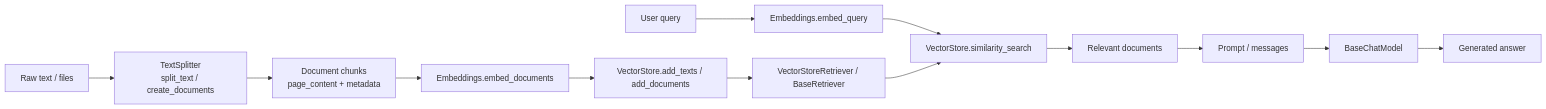
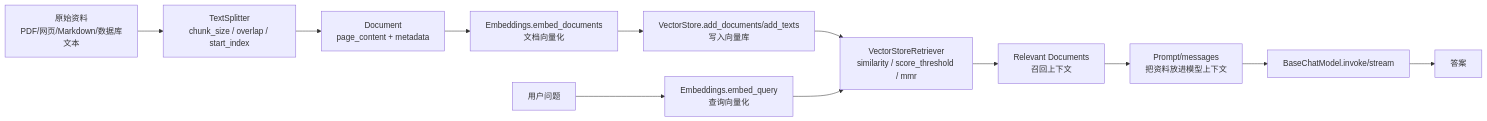
Before and after one commit to onlycaizhongwen/llm-framework-internals: the second of 2 diagrams in docs/langchain-source-analysis/index.md, drawn with Mermaid. The commit also changed other lines of this file and 11 other files, not shown here.

````diff
--- a/docs/langchain-source-analysis/index.md
+++ b/docs/langchain-source-analysis/index.md
@@ -261,15 +206,14 @@
 ```mermaid
 flowchart LR
-    Raw["Raw text / files"] --> Splitter["TextSplitter\nsplit_text / create_documents"]
-    Splitter --> Documents["Document chunks\npage_content + metadata"]
-    Documents --> EmbedDocs["Embeddings.embed_documents"]
-    EmbedDocs --> Store["VectorStore.add_texts / add_documents"]
-    Store --> Retriever["VectorStoreRetriever / BaseRetriever"]
-    Query["User query"] --> EmbedQuery["Embeddings.embed_query"]
-    EmbedQuery --> Search["VectorStore.similarity_search"]
-    Retriever --> Search
-    Search --> RelevantDocs["Relevant documents"]
-    RelevantDocs --> Prompt["Prompt / messages"]
-    Prompt --> ChatModel["BaseChatModel"]
-    ChatModel --> Answer["Generated answer"]
+    Raw["原始资料<br/>PDF/网页/Markdown/数据库文本"] --> Splitter["TextSplitter<br/>chunk_size / overlap / start_index"]
+    Splitter --> Docs["Document<br/>page_content + metadata"]
+    Docs --> EmbedDocs["Embeddings.embed_documents<br/>文档向量化"]
+    EmbedDocs --> Store["VectorStore.add_documents/add_texts<br/>写入向量库"]
+    Query["用户问题"] --> EmbedQuery["Embeddings.embed_query<br/>查询向量化"]
+    Store --> Retriever["VectorStoreRetriever<br/>similarity / score_threshold / mmr"]
+    EmbedQuery --> Retriever
+    Retriever --> Context["Relevant Documents<br/>召回上下文"]
+    Context --> Prompt["Prompt/messages<br/>把资料放进模型上下文"]
+    Prompt --> Model["BaseChatModel.invoke/stream"]
+    Model --> Answer["答案"]
 ```
````
